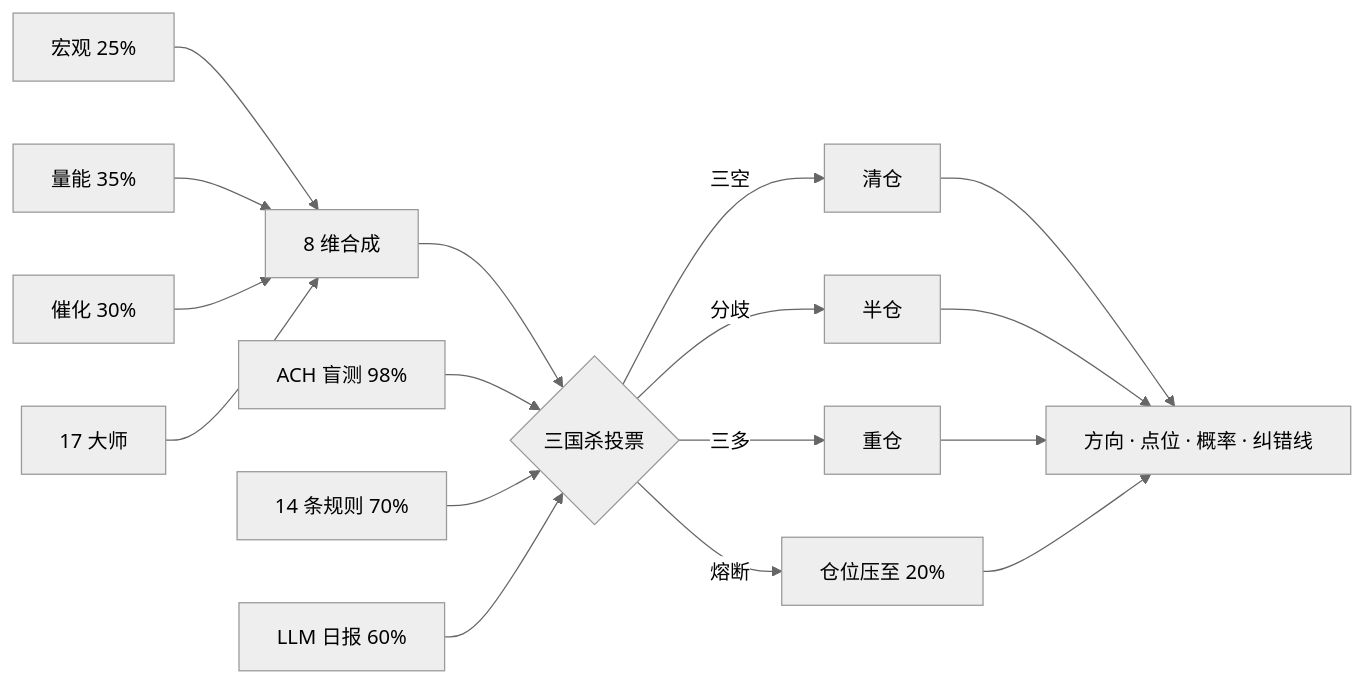
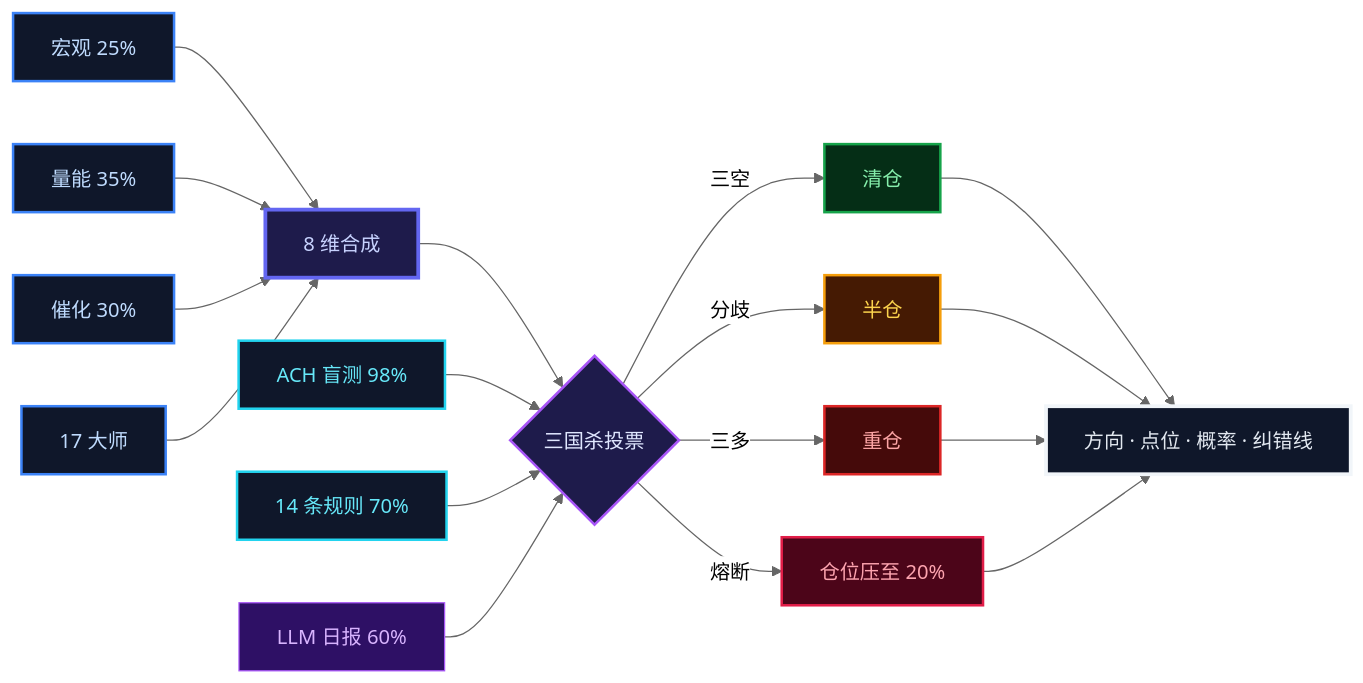
The second of 3 diagrams in README.md (ZHENchenghao/tianyan-stock-multiagent), drawn with Mermaid (neutral theme) before and after one commit.

Commit message:
架构图暗色主题

````diff
--- a/README.md
+++ b/README.md
@@ -56,24 +56,35 @@
 ```mermaid
 graph LR
-    D1[宏观 25%] --> E
-    D2[量能 35%] --> E
-    D3[催化 30%] --> E
-    D4[17 大师] --> E
+    D1[宏观 25%]:::dim --> E
+    D2[量能 35%]:::dim --> E
+    D3[催化 30%]:::dim --> E
+    D4[17 大师]:::dim --> E
 
-    E[8 维合成] --> G
+    E[8 维合成]:::engine --> G
 
-    V1[ACH 盲测 98%] --> G
-    V2[14 条规则 70%] --> G
-    V3[LLM 日报 60%] --> G
+    V1[ACH 盲测 98%]:::vote --> G
+    V2[14 条规则 70%]:::vote --> G
+    V3[LLM 日报 60%]:::llm --> G
 
-    G{三国杀投票}
-    G --三空--> L[清仓]
-    G --分歧--> M[半仓]
-    G --三多--> H[重仓]
-    G --熔断--> F[仓位压至 20%]
+    G{三国杀投票}:::gate
+    G --三空--> L[清仓]:::safe
+    G --分歧--> M[半仓]:::mid
+    G --三多--> H[重仓]:::risk
+    G --熔断--> F[仓位压至 20%]:::fuse
 
-    L --> OUT[方向 · 点位 · 概率 · 纠错线]
+    L --> OUT[方向 · 点位 · 概率 · 纠错线]:::out
     M --> OUT
     H --> OUT
     F --> OUT
+
+    classDef dim fill:#0f172a,stroke:#3b82f6,color:#bfdbfe,stroke-width:2px
+    classDef engine fill:#1e1b4b,stroke:#6366f1,color:#c7d2fe,stroke-width:3px
+    classDef vote fill:#0f172a,stroke:#22d3ee,color:#67e8f9,stroke-width:2px
+    classDef llm fill:#2e1065,stroke:#a855f7,color:#d8b4fe,stroke-width:1px
+    classDef gate fill:#1e1b4b,stroke:#a855f7,color:#e0e7ff,stroke-width:2px
+    classDef safe fill:#052e16,stroke:#16a34a,color:#86efac,stroke-width:2px
+    classDef mid fill:#451a03,stroke:#f59e0b,color:#fcd34d,stroke-width:2px
+    classDef risk fill:#450a0a,stroke:#dc2626,color:#fca5a5,stroke-width:2px
+    classDef fuse fill:#4c0519,stroke:#e11d48,color:#fda4af,stroke-width:2px
+    classDef out fill:#0f172a,stroke:#f1f5f9,color:#e2e8f0,stroke-width:3px
 ```
````
